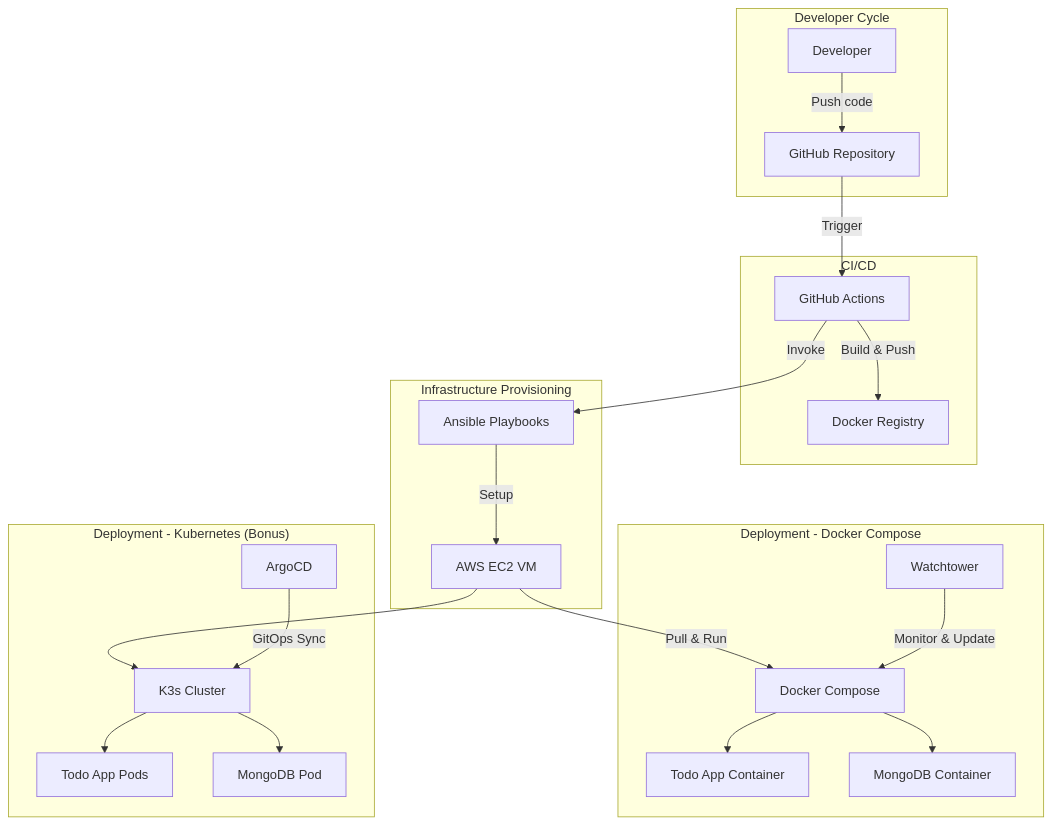
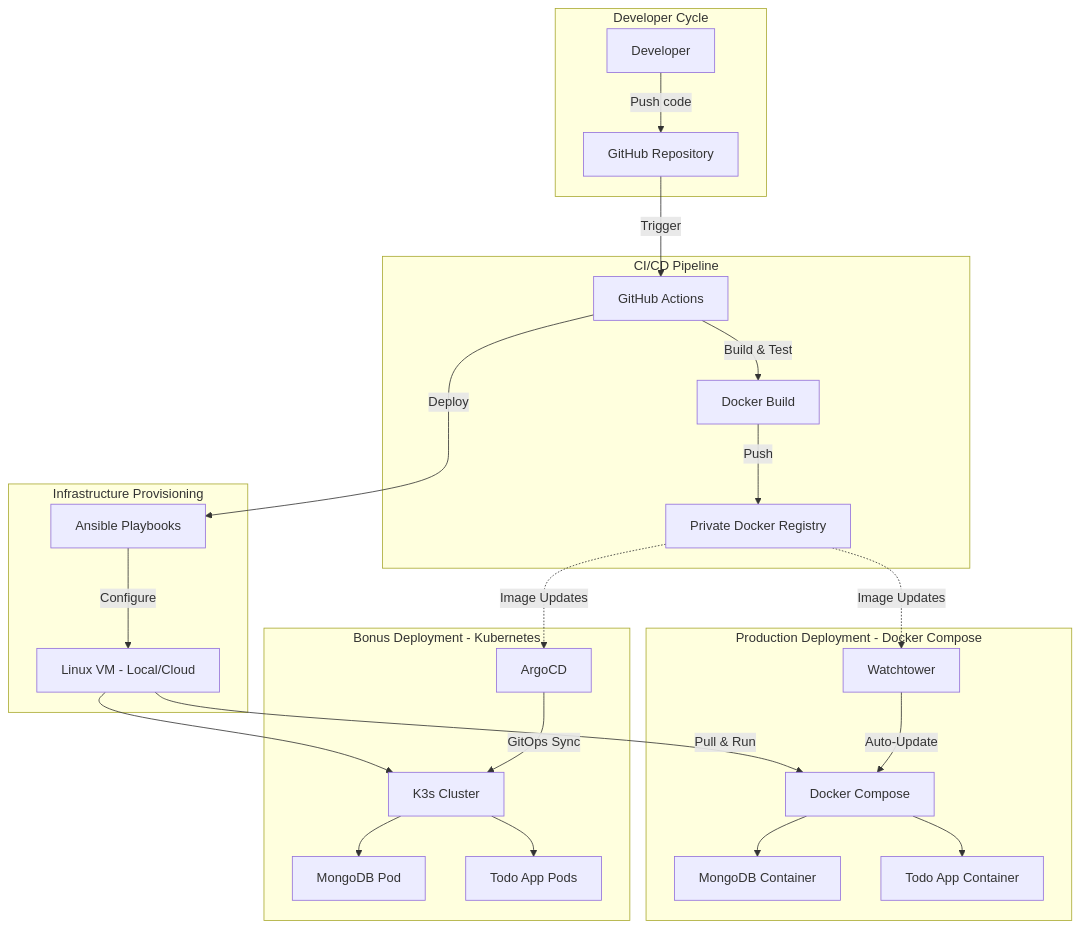
Before and after one commit to joisyousef/Todo-List-nodejs: the diagram in README.md, drawn with Mermaid. The commit also changed other lines of this file, not shown here.

````diff
--- a/README.md
+++ b/README.md
@@ -35,36 +50,41 @@
 ```mermaid
 graph TB
 
     %% Developer Cycle
     subgraph "Developer Cycle"
         A[Developer] -->|Push code| B[GitHub Repository]
     end
 
     %% CI/CD
-    subgraph "CI/CD"
+    subgraph "CI/CD Pipeline"
         B -->|Trigger| C[GitHub Actions]
-        C -->|Build & Push| D[Docker Registry]
+        C -->|Build & Test| D[Docker Build]
+        D -->|Push| E[Private Docker Registry]
     end
 
     %% Infrastructure Provisioning
     subgraph "Infrastructure Provisioning"
-        C -->|Invoke| E[Ansible Playbooks]
-        E -->|Setup| F[AWS EC2 VM]
+        C -->|Deploy| F[Ansible Playbooks]
+        F -->|Configure| G[Linux VM - Local/Cloud]
     end
 
     %% Docker Compose Deployment
-    subgraph "Deployment - Docker Compose"
-        F -->|Pull & Run| G[Docker Compose]
-        G --> H[Todo App Container]
-        G --> I[MongoDB Container]
-        J[Watchtower] -->|Monitor & Update| G
+    subgraph "Production Deployment - Docker Compose"
+        G -->|Pull & Run| H[Docker Compose]
+        H --> I[Todo App Container]
+        H --> J[MongoDB Container]
+        K[Watchtower] -->|Auto-Update| H
     end
 
     %% Kubernetes Bonus Deployment
-    subgraph "Deployment - Kubernetes (Bonus)"
-        F --> K[K3s Cluster]
-        K --> L[Todo App Pods]
-        K --> M[MongoDB Pod]
-        N[ArgoCD] -->|GitOps Sync| K
+    subgraph "Bonus Deployment - Kubernetes"
+        G --> L[K3s Cluster]
+        L --> M[Todo App Pods]
+        L --> N[MongoDB Pod]
+        O[ArgoCD] -->|GitOps Sync| L
     end
+
+    %% Registry Connection
+    E -.->|Image Updates| K
+    E -.->|Image Updates| O
 ```
````
